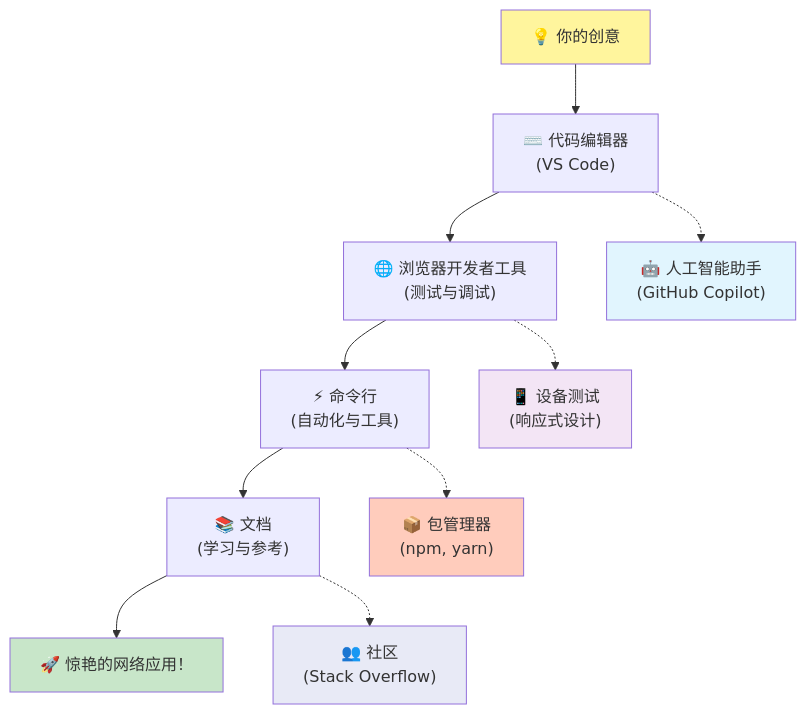
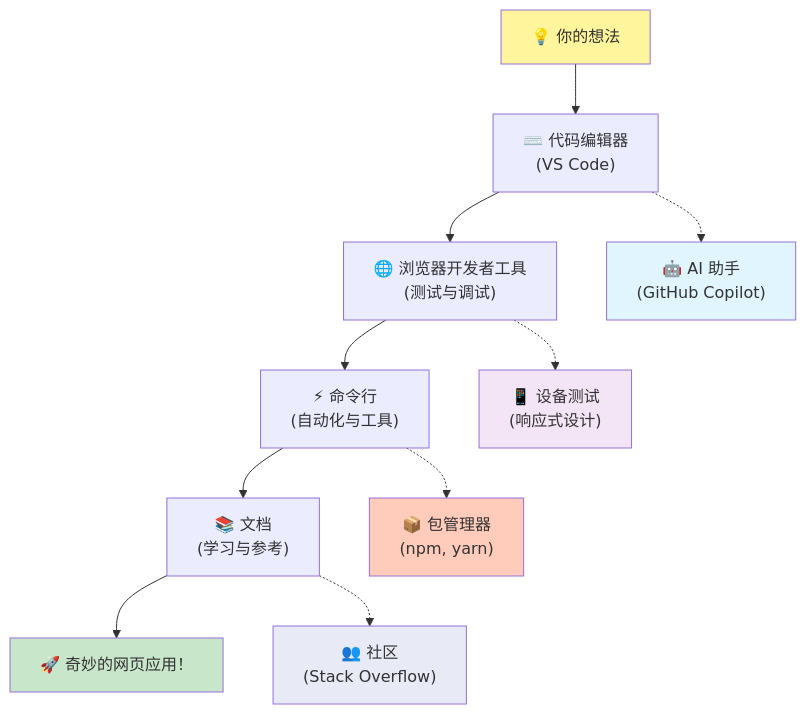
One commit to microsoft/Web-Dev-For-Beginners changed the fifth of 7 diagrams in translations/zh-CN/1-getting-started-lessons/1-intro-to-programming-languages/README.md. Above: the diagram before and after it, drawn with Mermaid. The commit also changed other lines of this file and 8 other files, not shown here.

````diff
--- a/translations/zh-CN/1-getting-started-lessons/1-intro-to-programming-languages/README.md
+++ b/translations/zh-CN/1-getting-started-lessons/1-intro-to-programming-languages/README.md
@@ -489,20 +488,20 @@
 ```mermaid
 graph TD
-    A["💡 你的创意"] --> B["⌨️ 代码编辑器<br/>(VS Code)"] 
+    A["💡 你的想法"] --> B["⌨️ 代码编辑器<br/>(VS Code)"] 
     B --> C["🌐 浏览器开发者工具<br/>(测试与调试)"]
     C --> D["⚡ 命令行<br/>(自动化与工具)"]
     D --> E["📚 文档<br/>(学习与参考)"]
-    E --> F["🚀 惊艳的网络应用！"]
+    E --> F["🚀 奇妙的网页应用！"]
     
-    B -.-> G["🤖 人工智能助手<br/>(GitHub Copilot)"]
+    B -.-> G["🤖 AI 助手<br/>(GitHub Copilot)"]
     C -.-> H["📱 设备测试<br/>(响应式设计)"]
     D -.-> I["📦 包管理器<br/>(npm, yarn)"]
     E -.-> J["👥 社区<br/>(Stack Overflow)"]
     
     style A fill:#fff59d
     style F fill:#c8e6c9
     style G fill:#e1f5fe
     style H fill:#f3e5f5
     style I fill:#ffccbc
     style J fill:#e8eaf6
 ```
````
